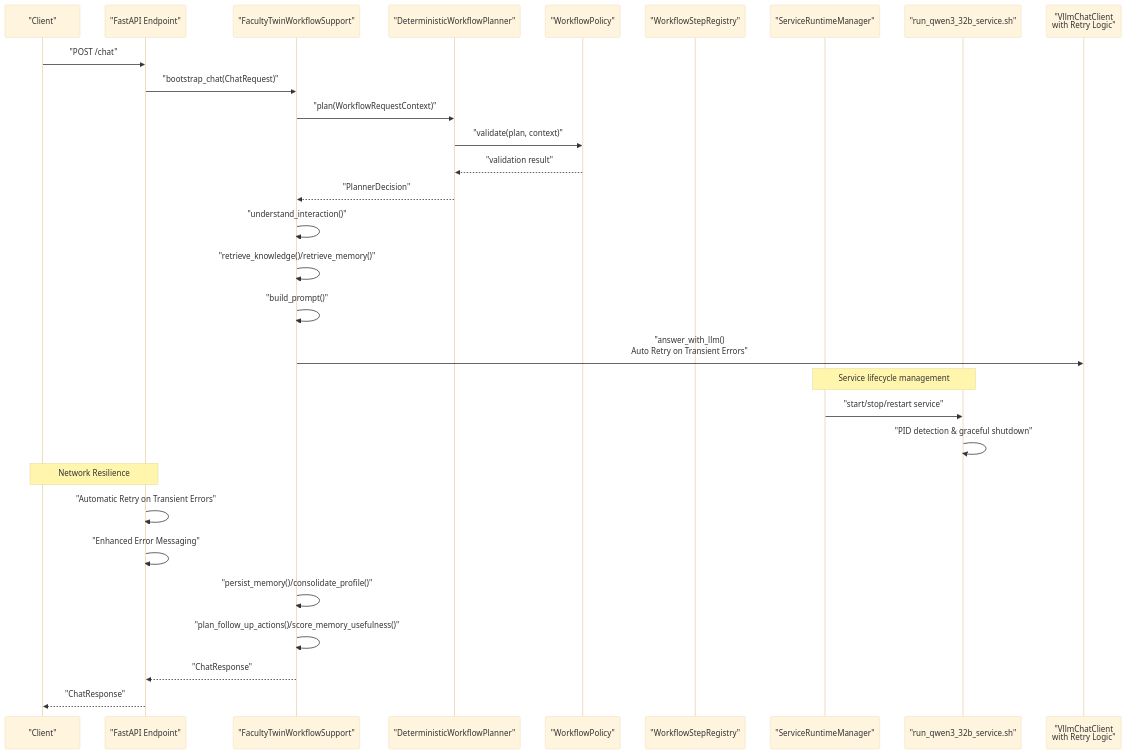
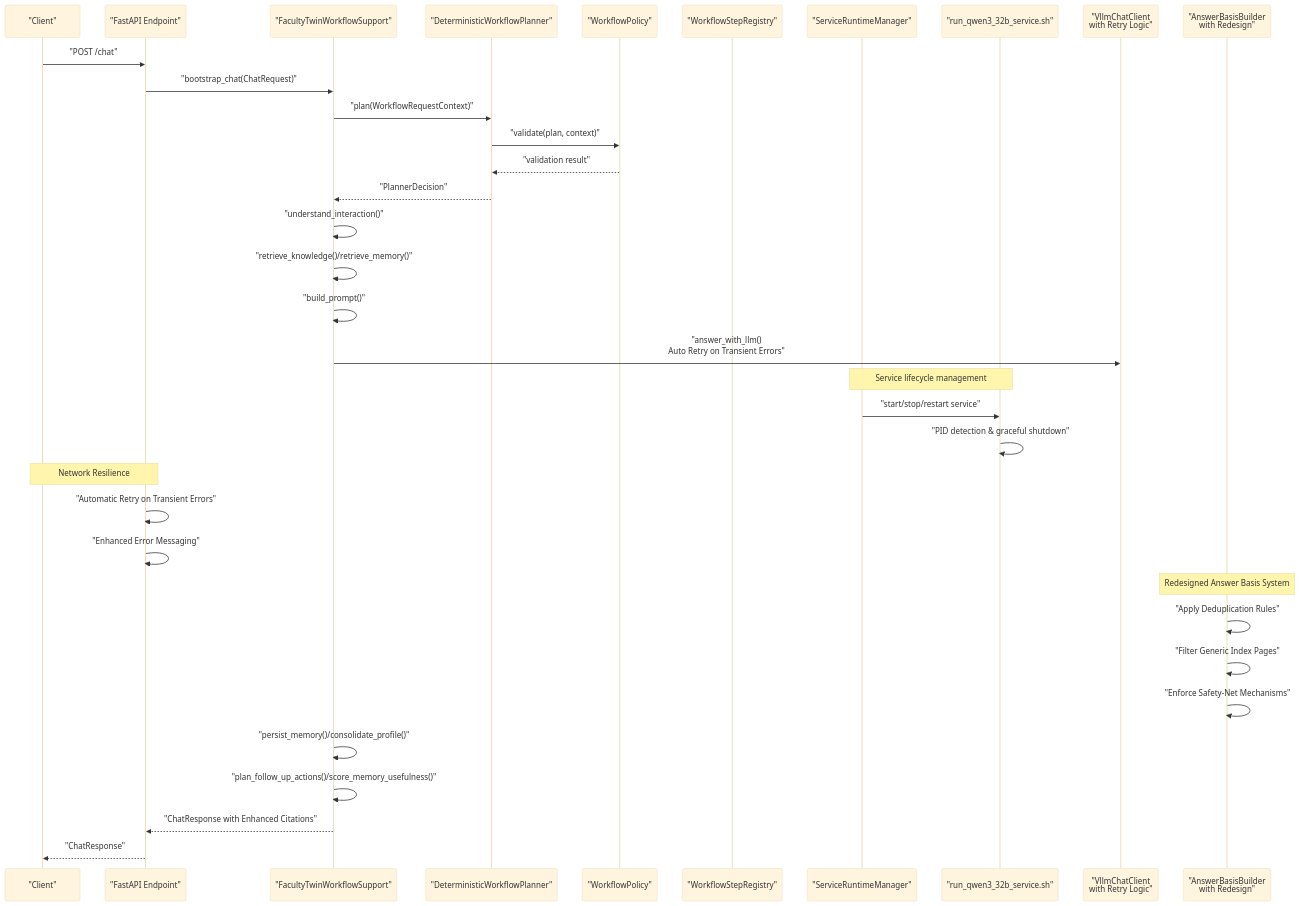
The second of 7 diagrams in .qoder/repowiki/en/content/Core Components/Service Layer/Service Layer.md (intellistream/sage-mate), drawn with Mermaid (base theme) before and after one commit. The commit also changed other lines of this file and 115 other files, not shown here.

````diff
--- a/.qoder/repowiki/en/content/Core Components/Service Layer/Service Layer.md
+++ b/.qoder/repowiki/en/content/Core Components/Service Layer/Service Layer.md
@@ -168,32 +184,37 @@
 ```mermaid
 sequenceDiagram
 participant Client as "Client"
 participant API as "FastAPI Endpoint"
 participant Orchestrator as "FacultyTwinWorkflowSupport"
 participant Planner as "DeterministicWorkflowPlanner"
 participant Policy as "WorkflowPolicy"
 participant Steps as "WorkflowStepRegistry"
 participant SRM as "ServiceRuntimeManager"
 participant QSS as "run_qwen3_32b_service.sh"
 participant LLM as "VllmChatClient<br/>with Retry Logic"
+participant ABS as "AnswerBasisBuilder<br/>with Redesign"
 Client->>API : "POST /chat"
 API->>Orchestrator : "bootstrap_chat(ChatRequest)"
 Orchestrator->>Planner : "plan(WorkflowRequestContext)"
 Planner->>Policy : "validate(plan, context)"
 Policy-->>Planner : "validation result"
 Planner-->>Orchestrator : "PlannerDecision"
 Orchestrator->>Orchestrator : "understand_interaction()"
 Orchestrator->>Orchestrator : "retrieve_knowledge()/retrieve_memory()"
 Orchestrator->>Orchestrator : "build_prompt()"
 Orchestrator->>LLM : "answer_with_llm()<br/>Auto Retry on Transient Errors"
 Note over SRM,QSS : Service lifecycle management
 SRM->>QSS : "start/stop/restart service"
 QSS->>QSS : "PID detection & graceful shutdown"
 Note over Client,API : Network Resilience
 API->>API : "Automatic Retry on Transient Errors"
 API->>API : "Enhanced Error Messaging"
+Note over ABS : Redesigned Answer Basis System
+ABS->>ABS : "Apply Deduplication Rules"
+ABS->>ABS : "Filter Generic Index Pages"
+ABS->>ABS : "Enforce Safety-Net Mechanisms"
 Orchestrator->>Orchestrator : "persist_memory()/consolidate_profile()"
 Orchestrator->>Orchestrator : "plan_follow_up_actions()/score_memory_usefulness()"
-Orchestrator-->>API : "ChatResponse"
+Orchestrator-->>API : "ChatResponse with Enhanced Citations"
 API-->>Client : "ChatResponse"
 ```
````
